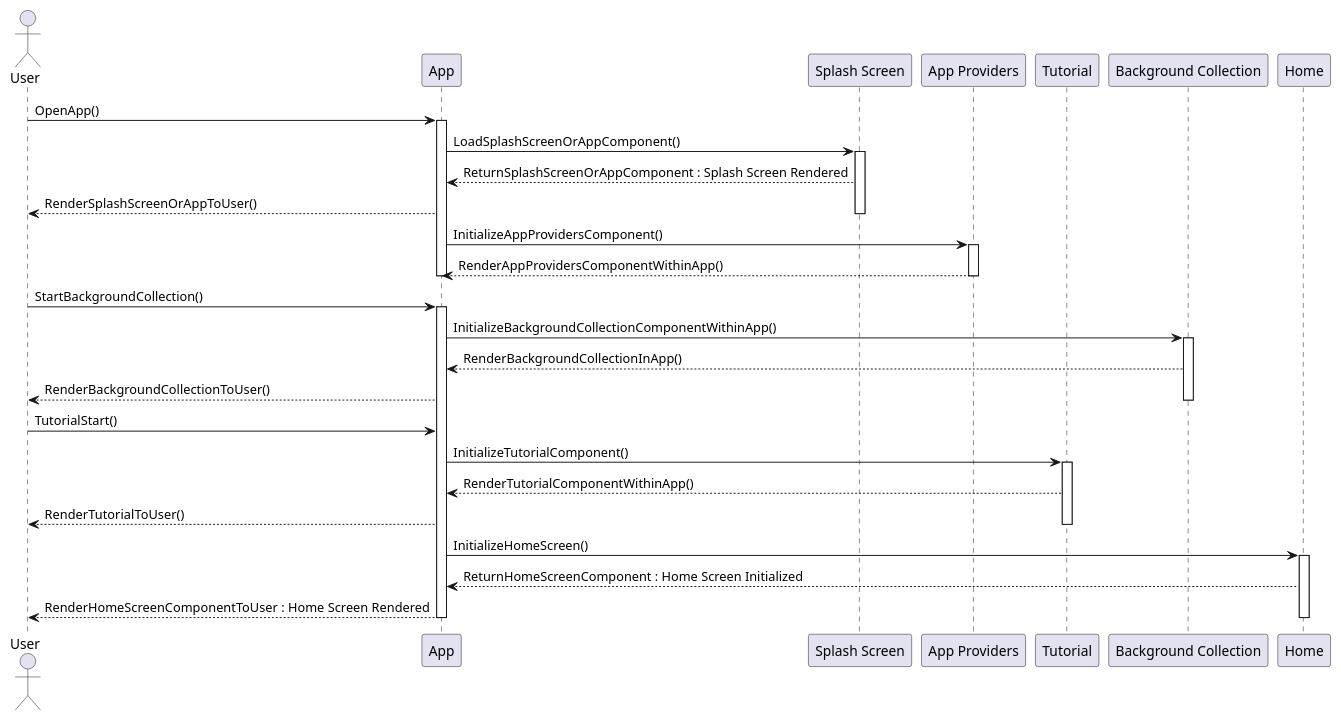
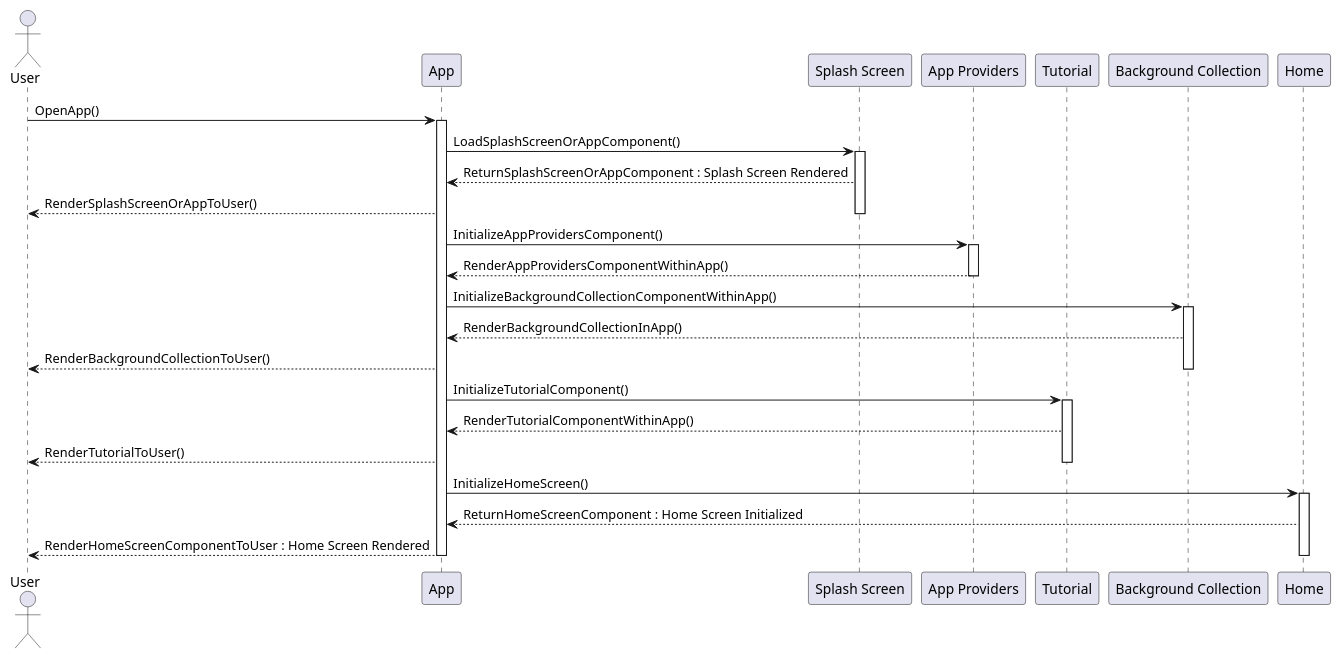
Before and after one commit to Windesheim-AI/UML-diagrams: the diagram in tdd/startup-phase-sequence.puml, drawn with PlantUML.

Commit message:
refactor: fixed blocks and lifeline messages in sequence diagram

```diff
--- a/tdd/startup-phase-sequence.puml
+++ b/tdd/startup-phase-sequence.puml
@@ -1,45 +1,41 @@
 @startuml SequenceStartUpPhase
 
 actor "User" as U
 participant "App" as A
 participant "Splash Screen" as C
 participant "App Providers" as B
 participant "Tutorial" as T
 participant "Background Collection" as BC
 participant "Home" as D
 
 U -> A: OpenApp()
 activate A
 A -> C: LoadSplashScreenOrAppComponent()
 activate C
 C --> A: ReturnSplashScreenOrAppComponent : Splash Screen Rendered 
 A --> U: RenderSplashScreenOrAppToUser() 
 deactivate C
 A -> B: InitializeAppProvidersComponent()
 activate B
 B --> A: RenderAppProvidersComponentWithinApp()
 deactivate B
-deactivate A
 
-U -> A: StartBackgroundCollection()
-activate A
 A -> BC: InitializeBackgroundCollectionComponentWithinApp()
 activate BC
 BC --> A: RenderBackgroundCollectionInApp()
 A --> U: RenderBackgroundCollectionToUser()
 deactivate BC
-U -> A: TutorialStart()
 A -> T: InitializeTutorialComponent()
 activate T
 T --> A: RenderTutorialComponentWithinApp()
 A --> U: RenderTutorialToUser()
 deactivate T
 
 A -> D: InitializeHomeScreen()
 activate D
 D --> A: ReturnHomeScreenComponent : Home Screen Initialized
 A --> U: RenderHomeScreenComponentToUser : Home Screen Rendered
 deactivate D
 deactivate A
 
 @enduml
```
